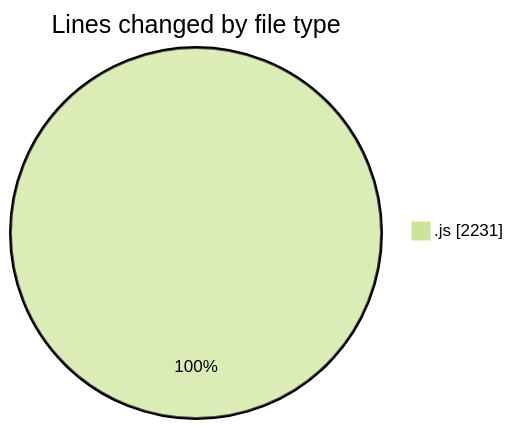
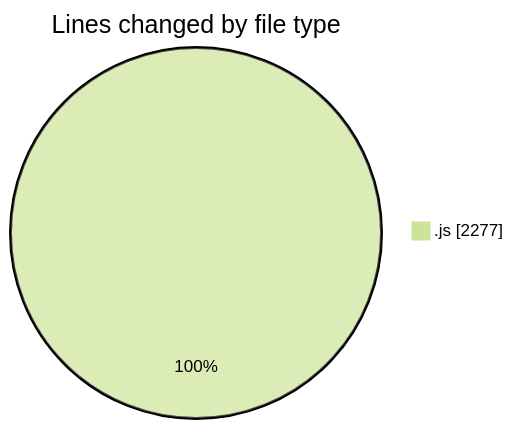
One commit to nxtqubesakshisongat/code-tracking changed the first of 2 diagrams in 2025-10-15/nxtqube_webapp/README.md. Above: the diagram before and after it, drawn with Mermaid (forest theme). The commit also changed other lines of this file and 1 other file, not shown here.

````diff
--- a/2025-10-15/nxtqube_webapp/README.md
+++ b/2025-10-15/nxtqube_webapp/README.md
@@ -20,5 +20,5 @@
 ```mermaid
 pie showData
 title Lines changed by file type
-".js" : 2231
+".js" : 2277
 ```
````
